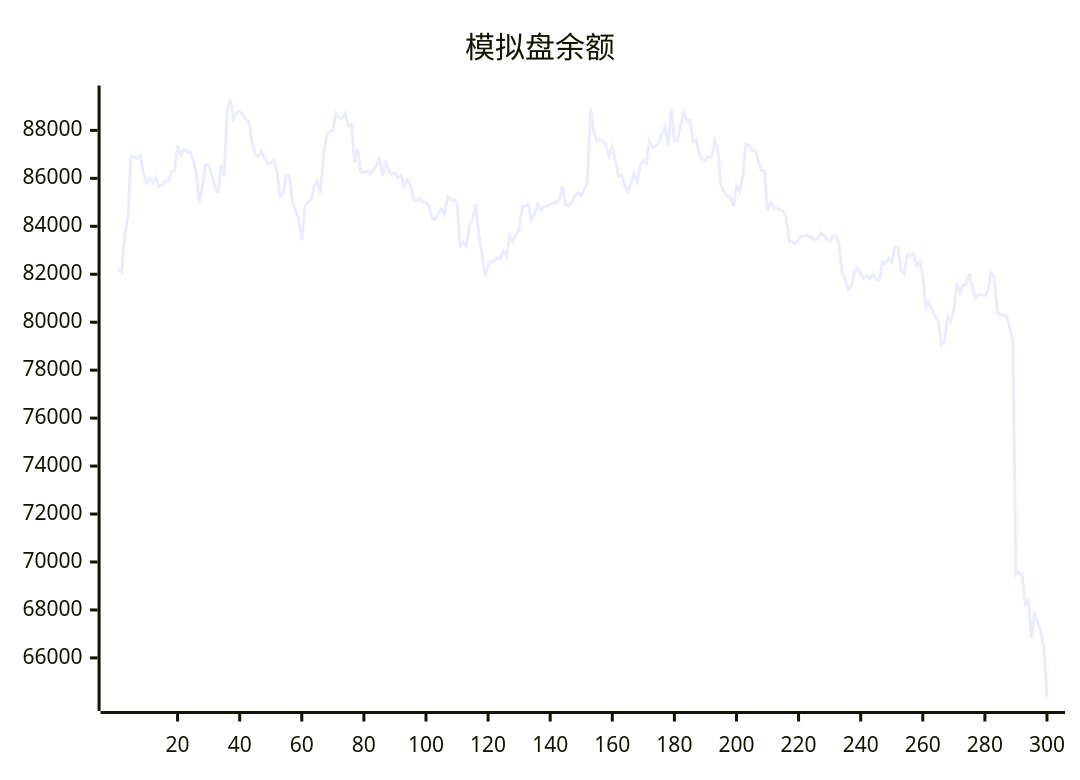
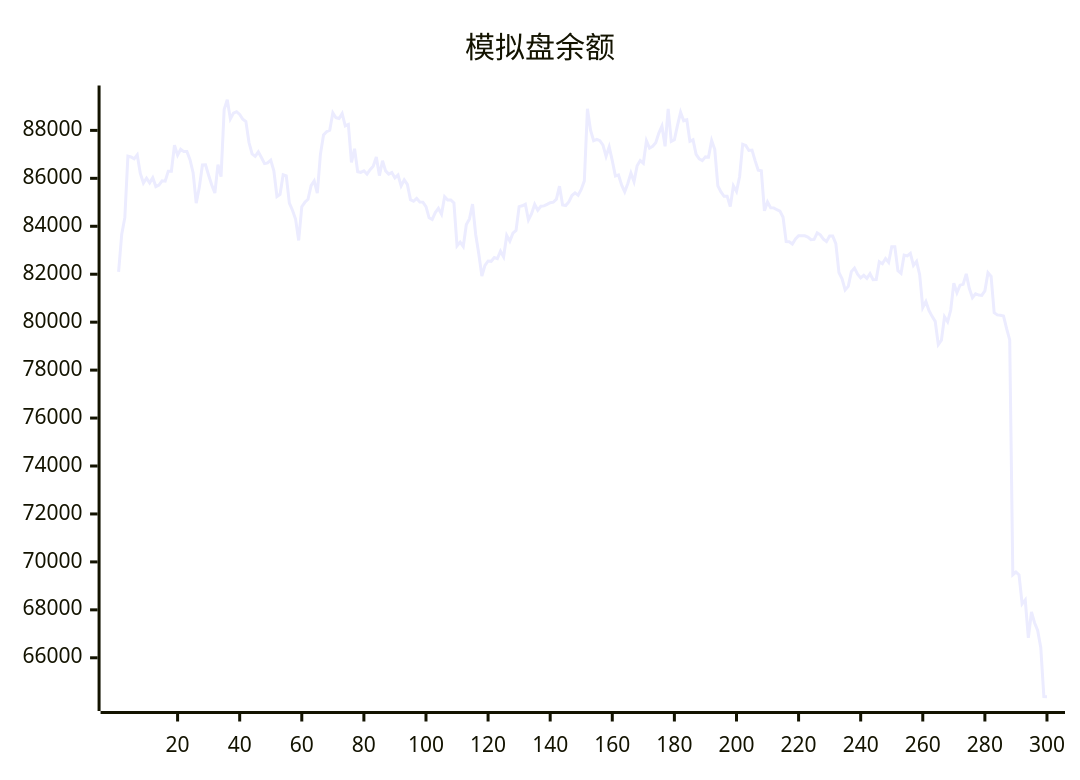
Before and after one commit to aahl/ai-trading: the diagram in README.md, drawn with Mermaid. The commit also changed other lines of this file and 1 other file, not shown here.

````diff
--- a/README.md
+++ b/README.md
@@ -5,5 +5,5 @@
 ```mermaid
 xychart
     title "模拟盘余额"
-    line [82242,82099,83658,84359,86925,86892,86814,86980,86203,85802,86003,85811,86028,85657,85721,85896,85880,86300,86299,87378,86965,87214,87115,87118,86780,86238,84966,85623,86555,86562,86129,85722,85387,86569,86070,88870,89278,88477,88720,88781,88668,88467,88372,87493,87018,86917,87102,86870,86613,86644,86758,86317,85242,85334,86149,86106,84968,84671,84302,83410,84816,85001,85127,85693,85891,85384,87001,87811,87945,88007,88734,88528,88495,88705,88189,88248,86662,87234,86279,86251,86314,86177,86364,86503,86886,86114,86731,86310,86176,86240,86017,86136,85685,85938,85749,85111,85044,85164,85016,85008,84824,84354,84287,84572,84745,84500,85234,85096,85095,84970,83180,83338,83157,84070,84309,84922,83667,82850,81924,82369,82552,82539,82695,82648,82962,82728,83619,83378,83710,83825,84819,84854,84917,84265,84527,84919,84668,84834,84850,84916,84981,85004,85131,85674,84891,84864,85019,85284,85393,85294,85538,85894,88904,88012,87567,87625,87568,87386,86920,87313,86737,86094,86143,85725,85437,85787,86219,85859,86526,86740,86630,87563,87264,87335,87483,87886,88180,87335,88894,87544,87608,88207,88755,88401,88444,87543,87608,87000,86810,86740,86894,86884,87576,87209,85686,85435,85251,85255,84820,85689,85453,86066,87420,87373,87161,87178,86740,86341,86315,84643,85012,84772,84768,84690,84635,84376,83360,83357,83259,83474,83608,83606,83602,83548,83440,83454,83724,83644,83464,83365,83590,83592,83275,82072,81806,81344,81492,82109,82254,82006,81848,81955,81829,82022,81769,81776,82522,82441,82656,82498,83144,83144,82150,82038,82797,82763,82872,82367,82536,81981,80612,80862,80484,80242,80034,79063,79245,80226,80016,80507,81625,81233,81544,81578,82016,81401,81019,81186,81130,81118,81306,82066,81909,80392,80304,80291,80258,79729,79261,69466,69579,69456,68251,68415,66832,67911,67462,67144,66432,64380]
+    line [82099,83658,84359,86925,86892,86814,86980,86203,85802,86003,85811,86028,85657,85721,85896,85880,86300,86299,87378,86965,87214,87115,87118,86780,86238,84966,85623,86555,86562,86129,85722,85387,86569,86070,88870,89278,88477,88720,88781,88668,88467,88372,87493,87018,86917,87102,86870,86613,86644,86758,86317,85242,85334,86149,86106,84968,84671,84302,83410,84816,85001,85127,85693,85891,85384,87001,87811,87945,88007,88734,88528,88495,88705,88189,88248,86662,87234,86279,86251,86314,86177,86364,86503,86886,86114,86731,86310,86176,86240,86017,86136,85685,85938,85749,85111,85044,85164,85016,85008,84824,84354,84287,84572,84745,84500,85234,85096,85095,84970,83180,83338,83157,84070,84309,84922,83667,82850,81924,82369,82552,82539,82695,82648,82962,82728,83619,83378,83710,83825,84819,84854,84917,84265,84527,84919,84668,84834,84850,84916,84981,85004,85131,85674,84891,84864,85019,85284,85393,85294,85538,85894,88904,88012,87567,87625,87568,87386,86920,87313,86737,86094,86143,85725,85437,85787,86219,85859,86526,86740,86630,87563,87264,87335,87483,87886,88180,87335,88894,87544,87608,88207,88755,88401,88444,87543,87608,87000,86810,86740,86894,86884,87576,87209,85686,85435,85251,85255,84820,85689,85453,86066,87420,87373,87161,87178,86740,86341,86315,84643,85012,84772,84768,84690,84635,84376,83360,83357,83259,83474,83608,83606,83602,83548,83440,83454,83724,83644,83464,83365,83590,83592,83275,82072,81806,81344,81492,82109,82254,82006,81848,81955,81829,82022,81769,81776,82522,82441,82656,82498,83144,83144,82150,82038,82797,82763,82872,82367,82536,81981,80612,80862,80484,80242,80034,79063,79245,80226,80016,80507,81625,81233,81544,81578,82016,81401,81019,81186,81130,81118,81306,82066,81909,80392,80304,80291,80258,79729,79261,69466,69579,69456,68251,68415,66832,67911,67462,67144,66432,64380,64375]
 ```
````
